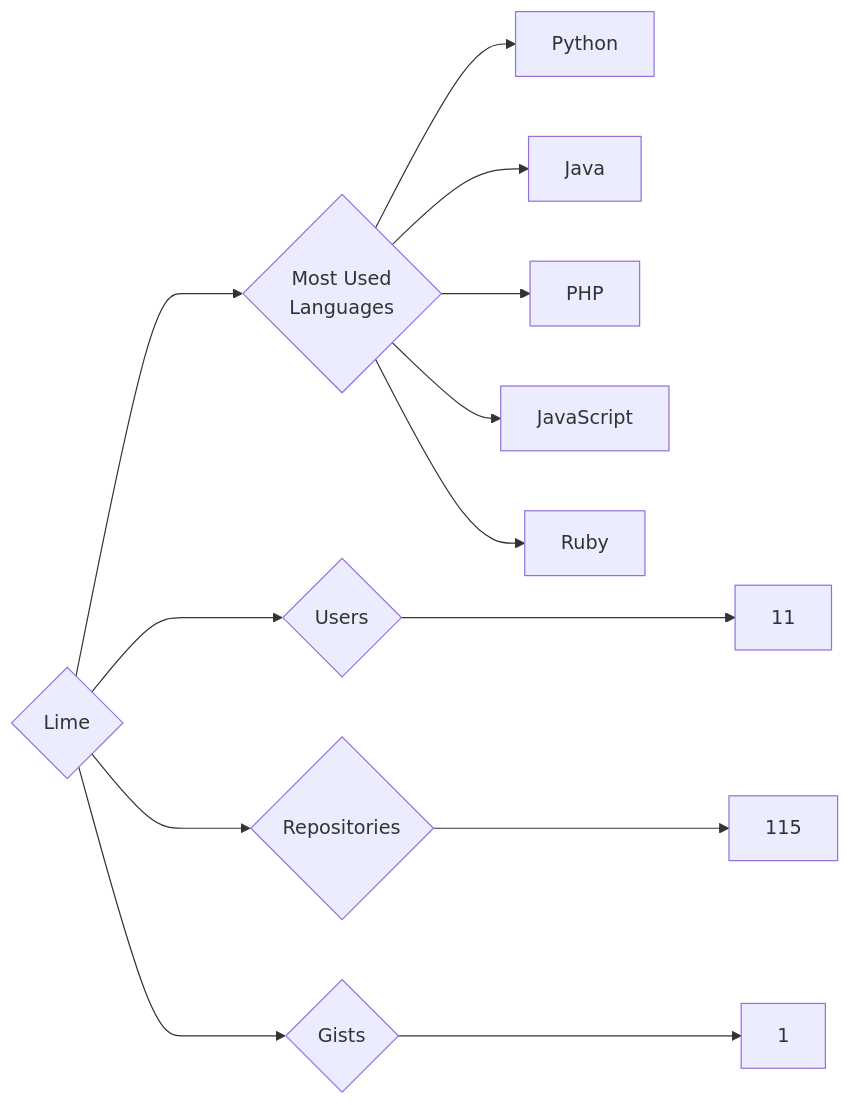
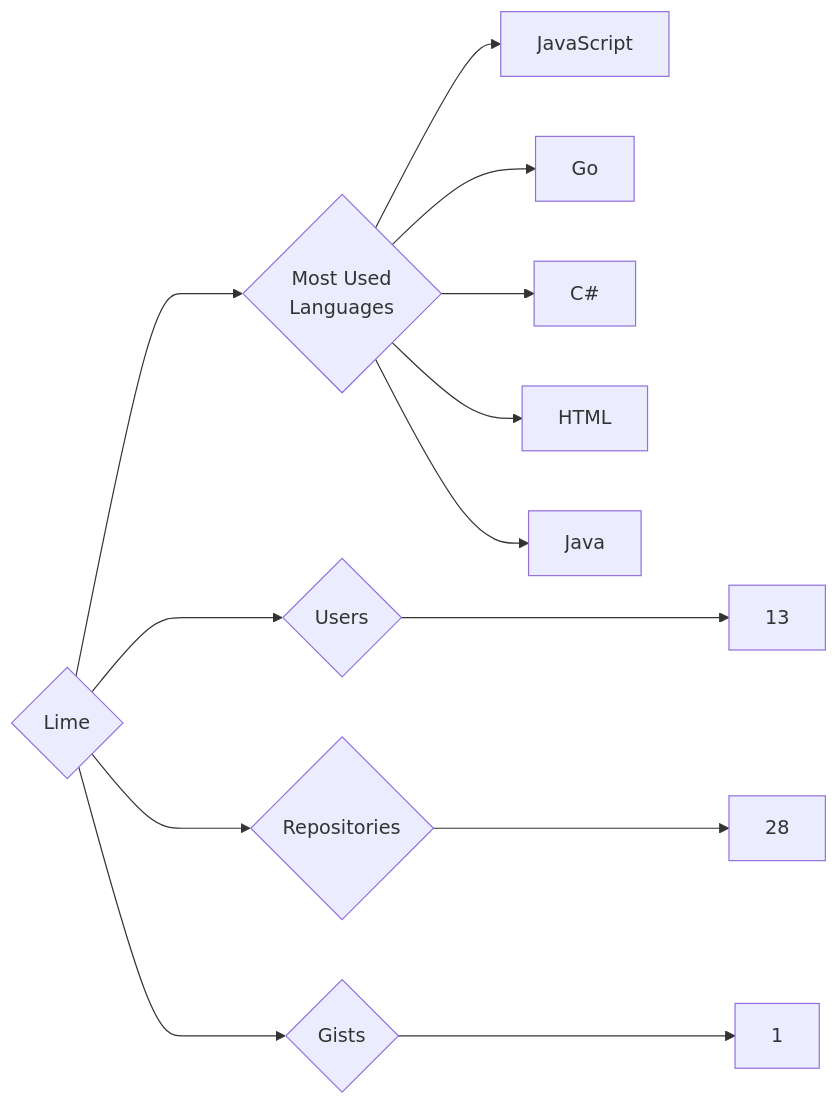
The diagram in targets/Lime/README.md (trickest/insiders), drawn with Mermaid before and after one commit. The commit also changed 814 other files, not shown here.

````diff
--- a/targets/Lime/README.md
+++ b/targets/Lime/README.md
@@ -3,13 +3,13 @@
 ```mermaid
 graph LR
 COMPANY_NAME{Lime}
-COMPANY_NAME ---> U{Users} ---> UN[11]
-COMPANY_NAME ---> R{Repositories} ---> RN[115]
+COMPANY_NAME ---> U{Users} ---> UN[13]
+COMPANY_NAME ---> R{Repositories} ---> RN[28]
 COMPANY_NAME ---> G{Gists} ---> GN[1]
 COMPANY_NAME ---> ML{Most Used<br>Languages}
-ML --> Python[Python]
+ML --> JavaScript[JavaScript]
+ML --> Go[Go]
+ML --> C#[C#]
+ML --> HTML[HTML]
 ML --> Java[Java]
-ML --> PHP[PHP]
-ML --> JavaScript[JavaScript]
-ML --> Ruby[Ruby]
 ```
````
